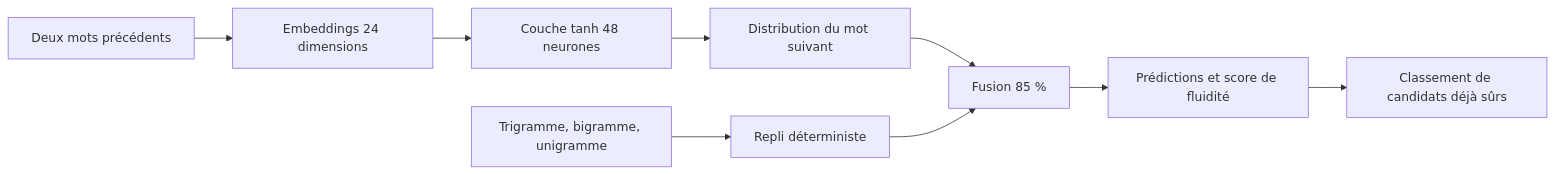
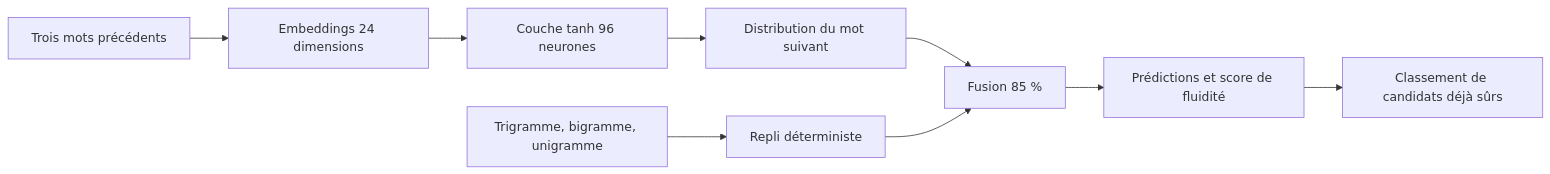
The sixth of 7 diagrams in docs/ARCHITECTURE.md (kaezerwatto/KORA), drawn with Mermaid before and after one commit. The commit also changed other lines of this file and 48 other files, not shown here.

````diff
--- a/docs/ARCHITECTURE.md
+++ b/docs/ARCHITECTURE.md
@@ -185,11 +196,11 @@
 ```mermaid
 flowchart LR
-    A[Deux mots précédents] --> B[Embeddings 24 dimensions]
-    B --> C[Couche tanh 48 neurones]
+    A[Trois mots précédents] --> B[Embeddings 24 dimensions]
+    B --> C[Couche tanh 96 neurones]
     C --> D[Distribution du mot suivant]
     E[Trigramme, bigramme, unigramme] --> F[Repli déterministe]
     D --> G[Fusion 85 %]
     F --> G
     G --> H[Prédictions et score de fluidité]
     H --> I[Classement de candidats déjà sûrs]
 ```
````
